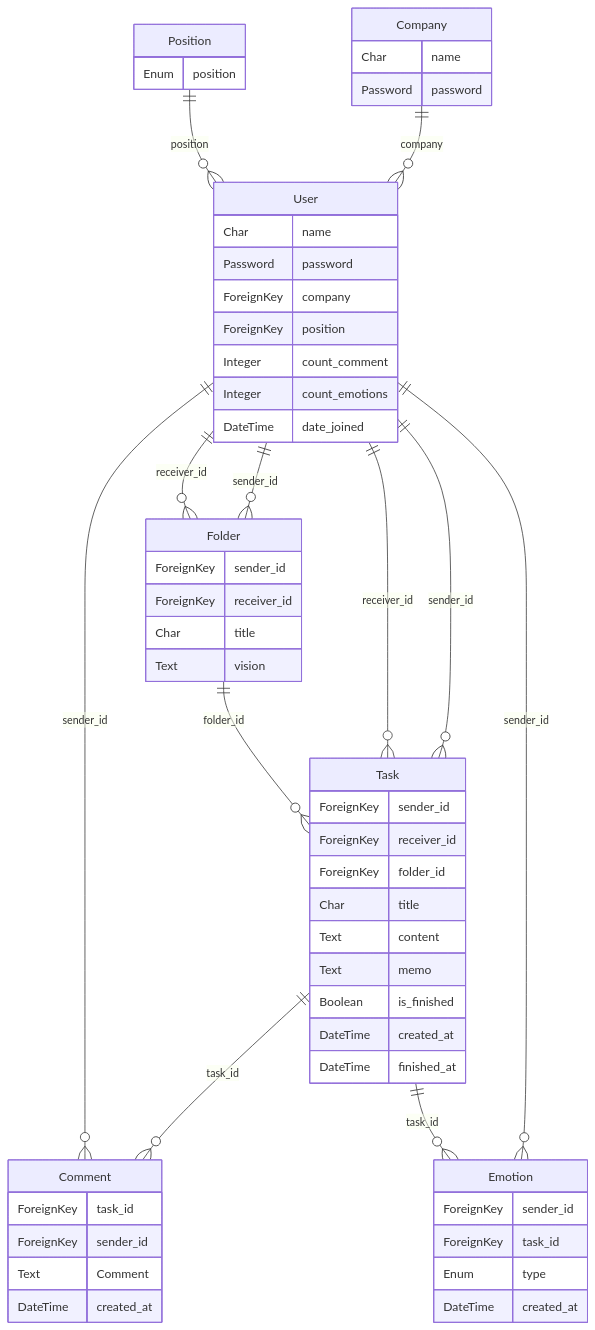
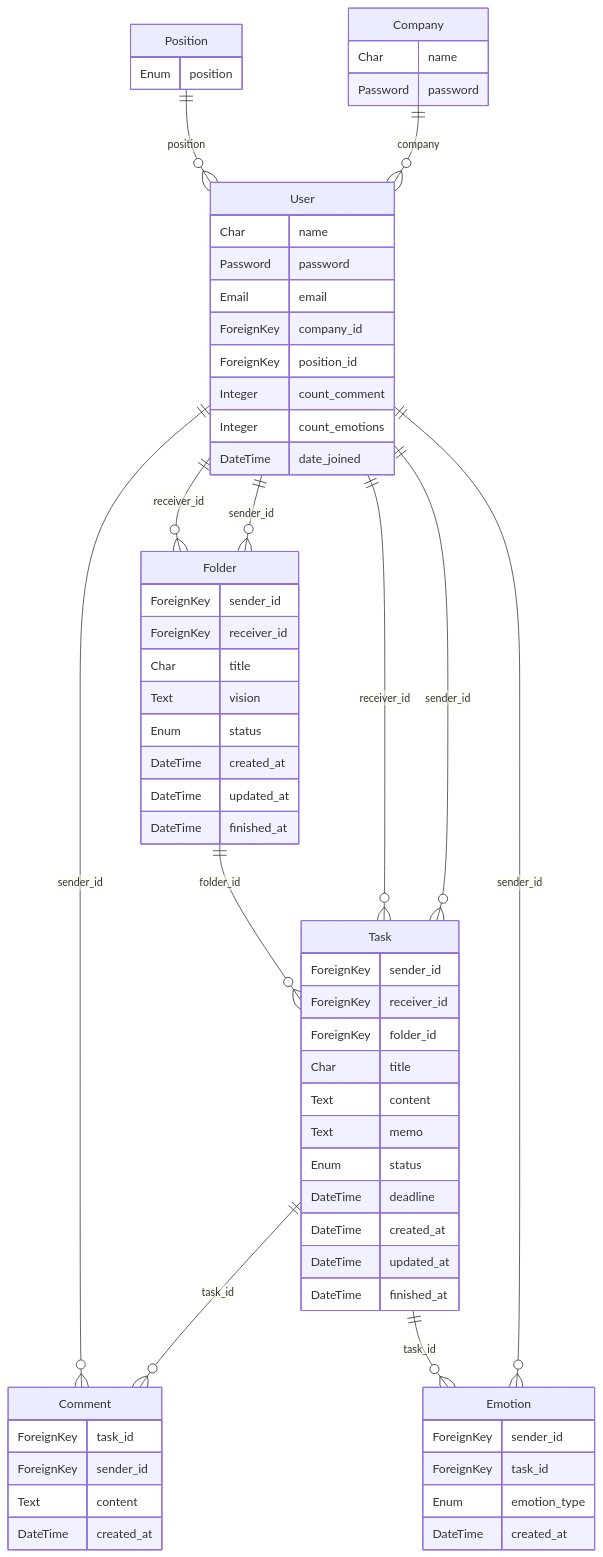
Before and after one commit to sansan-event-fusion/spark-2023-teamR: the diagram in backend/README.md, drawn with Mermaid.

Commit message:
backend/README.md 編集 (ER 図を修正)

````diff
--- a/backend/README.md
+++ b/backend/README.md
@@ -1,71 +1,78 @@
 ```mermaid
 erDiagram
     User ||--o{ Task: "sender_id"
     User ||--o{ Task: "receiver_id"
     Folder ||--o{ Task: "folder_id"
 
     Company ||--o{ User: "company"
 
     Position ||--o{ User: "position"
 
     Task ||--o{ Comment: "task_id"
     User ||--o{ Comment: "sender_id"
 
     User ||--o{ Folder: "sender_id"
     User ||--o{ Folder: "receiver_id"
 
     User ||--o{ Emotion: "sender_id"
     Task ||--o{ Emotion: "task_id"
 
     Company {
         Char name
         Password password
     }
 
     User {
         Char name
         Password password
-        ForeignKey company
-        ForeignKey position
+        Email email
+        ForeignKey company_id
+        ForeignKey position_id
         Integer count_comment
         Integer count_emotions
         DateTime date_joined
     }
 
     Position {
         Enum position
     }
 
     Folder {
         ForeignKey sender_id
         ForeignKey receiver_id
         Char title
         Text vision
+        Enum status
+        DateTime created_at
+        DateTime updated_at
+        DateTime finished_at
     }
 
     Task {
         ForeignKey sender_id
         ForeignKey receiver_id
         ForeignKey folder_id
         Char title
         Text content
         Text memo
-        Boolean is_finished 
+        Enum status
+        DateTime deadline
         DateTime created_at
+        DateTime updated_at
         DateTime finished_at   
     }
 
     Comment {
         ForeignKey task_id
         ForeignKey sender_id
-        Text Comment
+        Text content
         DateTime created_at
     }
 
     Emotion {
         ForeignKey sender_id
         ForeignKey task_id
-        Enum type
+        Enum emotion_type
         DateTime created_at
     }
 ```
````
